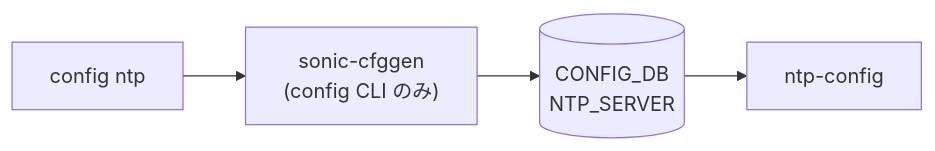
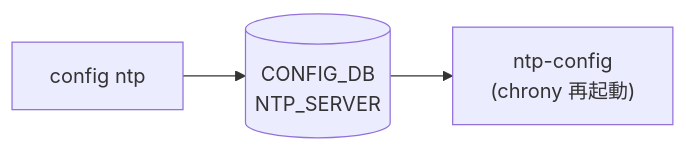
The diagram in docs/reference/cli/config-ntp.md (aoki-taquan/sonic-unofficial-docs), drawn with Mermaid before and after one commit. The commit also changed 1 other file, not shown here.

Commit message:
fix(cli-ref): correct mermaid dataflow diagrams and ops hint for ntp/portchannel
- config-ntp: remove incorrect sonic-cfggen node; CLI calls db.set_entry() directly
- config-portchannel: remove sonic-cfggen intermediary from mermaid; fix ops hint (lacp_key is auto-fixed, not configurable via CLI)

````diff
--- a/docs/reference/cli/config-ntp.md
+++ b/docs/reference/cli/config-ntp.md
@@ -130,10 +130,8 @@
 ```mermaid
 flowchart LR
   CLI["config ntp"]
-  SC["sonic-cfggen<br/>(config CLI のみ)"]
-  CLI --> SC
   CDB0[("CONFIG_DB<br/>NTP_SERVER")]
-  SC --> CDB0
-  DM0["ntp-config"]
+  CLI --> CDB0
+  DM0["ntp-config<br/>(chrony 再起動)"]
   CDB0 --> DM0
 ```
````
